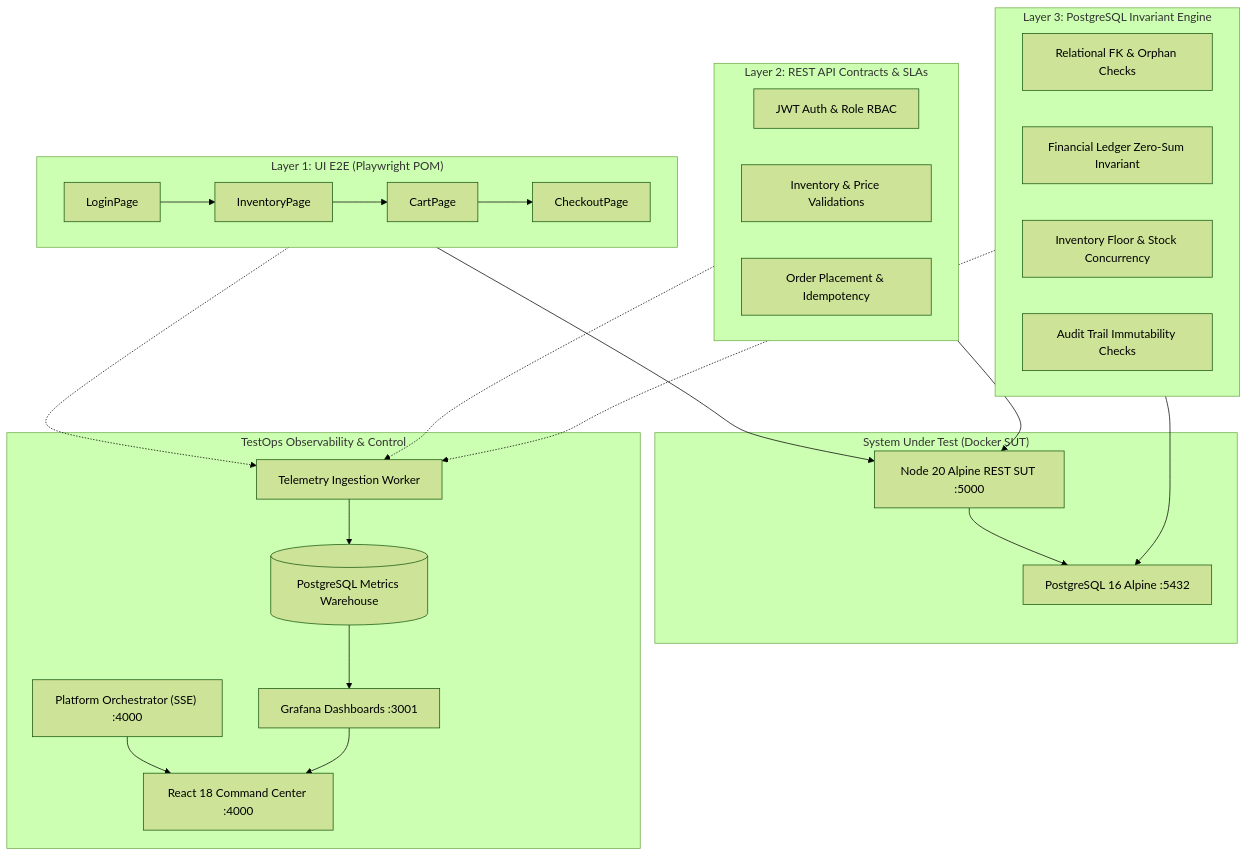
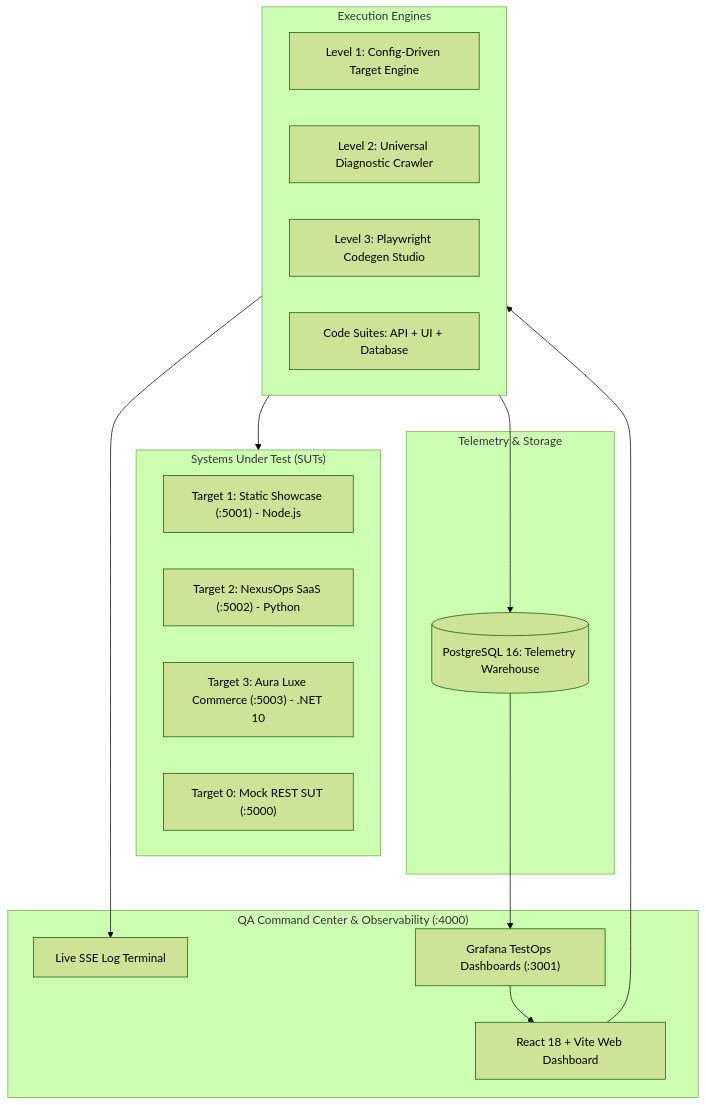
The diagram in README.md (RohanAshara/qa-reliability-platform), drawn with Mermaid (forest theme) before and after one commit. The commit also changed other lines of this file, not shown here.

````diff
--- a/README.md
+++ b/README.md
@@ -41,47 +47,33 @@
 ```mermaid
-graph TD
-    subgraph UI ["Layer 1: UI E2E (Playwright POM)"]
-        U1["LoginPage"] --> U2["InventoryPage"]
-        U2 --> U3["CartPage"]
-        U3 --> U4["CheckoutPage"]
+flowchart TD
+    subgraph UI_Hub["QA Command Center & Observability (:4000)"]
+        Dashboard["React 18 + Vite Web Dashboard"]
+        Console["Live SSE Log Terminal"]
+        Grafana["Grafana TestOps Dashboards (:3001)"]
     end
 
-    subgraph API ["Layer 2: REST API Contracts & SLAs"]
-        A1["JWT Auth & Role RBAC"]
-        A2["Inventory & Price Validations"]
-        A3["Order Placement & Idempotency"]
+    subgraph Engines["Execution Engines"]
+        L1["Level 1: Config-Driven Target Engine"]
+        L2["Level 2: Universal Diagnostic Crawler"]
+        L3["Level 3: Playwright Codegen Studio"]
+        L4["Code Suites: API + UI + Database"]
     end
 
-    subgraph DB ["Layer 3: PostgreSQL Invariant Engine"]
-        D1["Relational FK & Orphan Checks"]
-        D2["Financial Ledger Zero-Sum Invariant"]
-        D3["Inventory Floor & Stock Concurrency"]
-        D4["Audit Trail Immutability Checks"]
+    subgraph Targets["Systems Under Test (SUTs)"]
+        T1["Target 1: Static Showcase (:5001) - Node.js"]
+        T2["Target 2: NexusOps SaaS (:5002) - Python"]
+        T3["Target 3: Aura Luxe Commerce (:5003) - .NET 10"]
+        T0["Target 0: Mock REST SUT (:5000)"]
     end
 
-    subgraph SUT ["System Under Test (Docker SUT)"]
-        App["Node 20 Alpine REST SUT :5000"]
-        Postgres["PostgreSQL 16 Alpine :5432"]
+    subgraph Data["Telemetry & Storage"]
+        PG[("PostgreSQL 16: Telemetry Warehouse")]
     end
 
-    subgraph Obs ["TestOps Observability & Control"]
-        Ingest["Telemetry Ingestion Worker"]
-        MetricsDB[("PostgreSQL Metrics Warehouse")]
-        Grafana["Grafana Dashboards :3001"]
-        ReactUI["React 18 Command Center :4000"]
-        Server["Platform Orchestrator (SSE) :4000"]
-    end
-
-    UI --> App
-    API --> App
-    App --> Postgres
-    DB --> Postgres
-
-    UI -.-> Ingest
-    API -.-> Ingest
-    DB -.-> Ingest
-    Ingest --> MetricsDB
-    MetricsDB --> Grafana
-    Server --> ReactUI
-    Grafana --> ReactUI
+    Dashboard --> Engines
+    Engines --> Targets
+    Engines --> Console
+    Engines --> PG
+    PG --> Grafana
+    Grafana --> Dashboard
 ```
````
